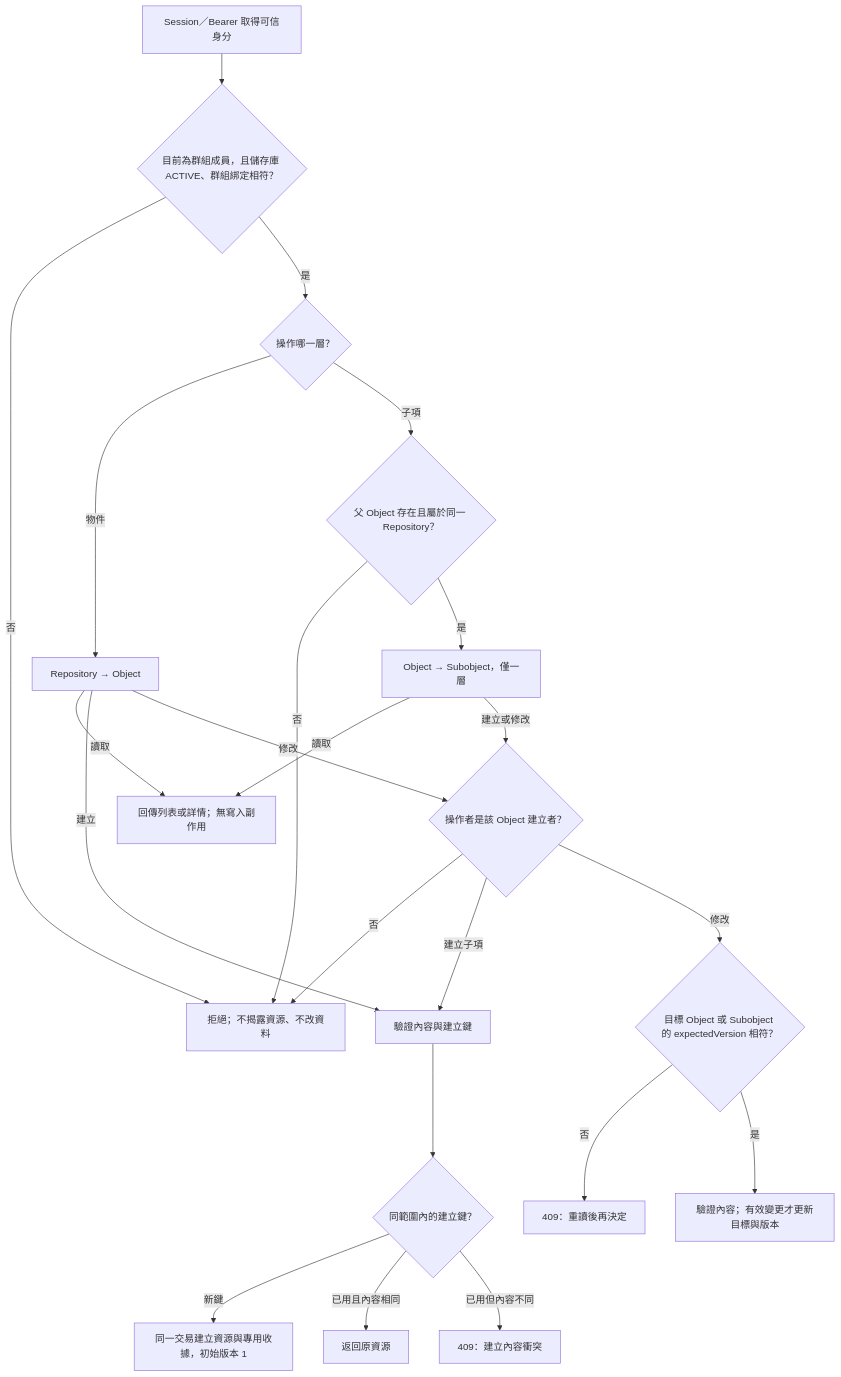
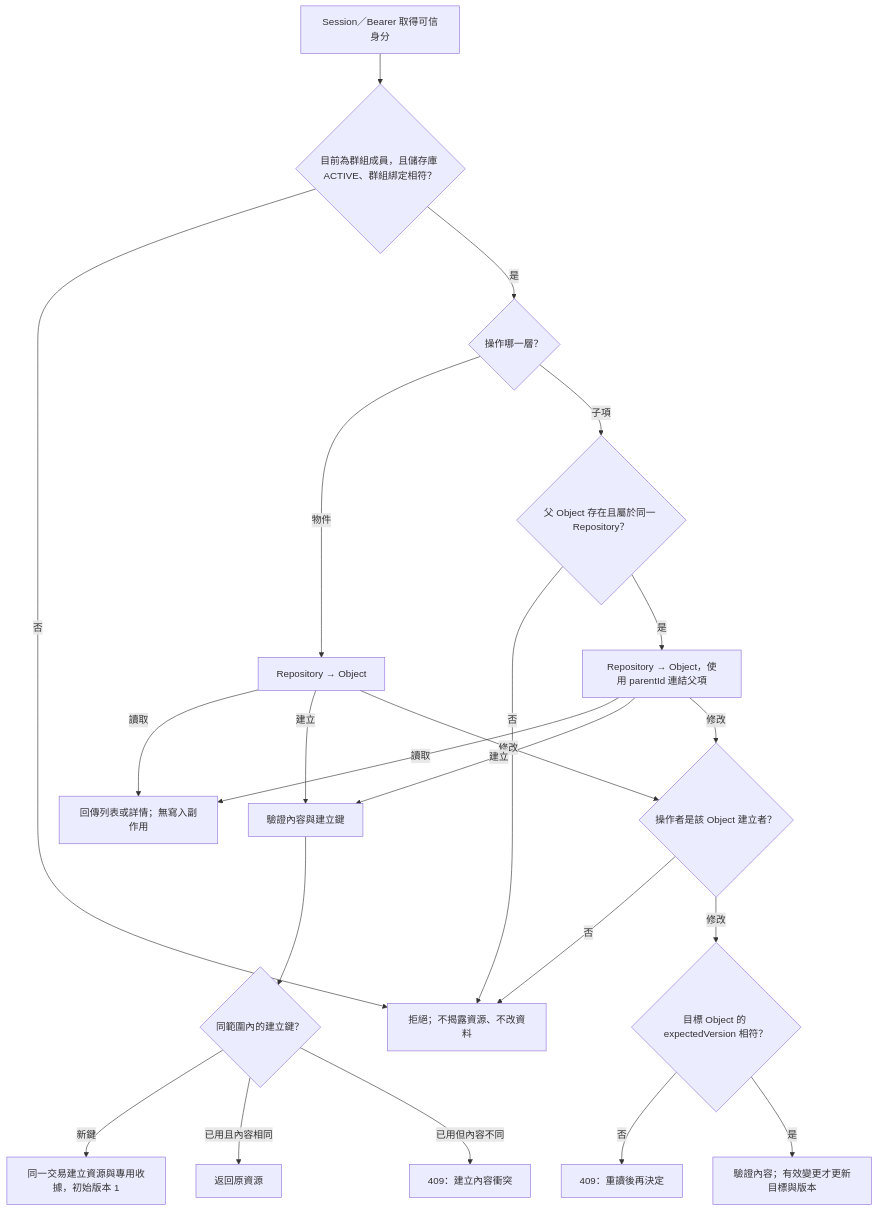
The diagram in docs/architecture/contracts/diagrams/object-operations.mermaid (963sup/line-mini-app-bot), drawn with Mermaid before and after one commit. The commit also changed 282 other files, not shown here.

```diff
--- a/docs/architecture/contracts/diagrams/object-operations.mermaid
+++ b/docs/architecture/contracts/diagrams/object-operations.mermaid
@@ -1,22 +1,22 @@
 flowchart TD
   A["Session／Bearer 取得可信身分"] --> B{"目前為群組成員，且儲存庫 ACTIVE、群組綁定相符？"}
   B -->|否| deny["拒絕；不揭露資源、不改資料"]
   B -->|是| scope{"操作哪一層？"}
   scope -->|物件| op["Repository → Object"]
   scope -->|子項| parent{"父 Object 存在且屬於同一 Repository？"}
   parent -->|否| deny
-  parent -->|是| child["Object → Subobject，僅一層"]
+  parent -->|是| child["Repository → Object，使用 parentId 連結父項"]
   op -->|讀取| read["回傳列表或詳情；無寫入副作用"]
   child -->|讀取| read
   op -->|建立| create["驗證內容與建立鍵"]
   op -->|修改| owner{"操作者是該 Object 建立者？"}
-  child -->|建立或修改| owner
+  child -->|建立| create
+  child -->|修改| owner
   owner -->|否| deny
-  owner -->|建立子項| create
-  owner -->|修改| version{"目標 Object 或 Subobject 的 expectedVersion 相符？"}
+  owner -->|修改| version{"目標 Object 的 expectedVersion 相符？"}
   version -->|否| conflict["409：重讀後再決定"]
   version -->|是| update["驗證內容；有效變更才更新目標與版本"]
   create --> key{"同範圍內的建立鍵？"}
   key -->|新鍵| commit["同一交易建立資源與專用收據，初始版本 1"]
   key -->|已用且內容相同| original["返回原資源"]
   key -->|已用但內容不同| reject["409：建立內容衝突"]
```
